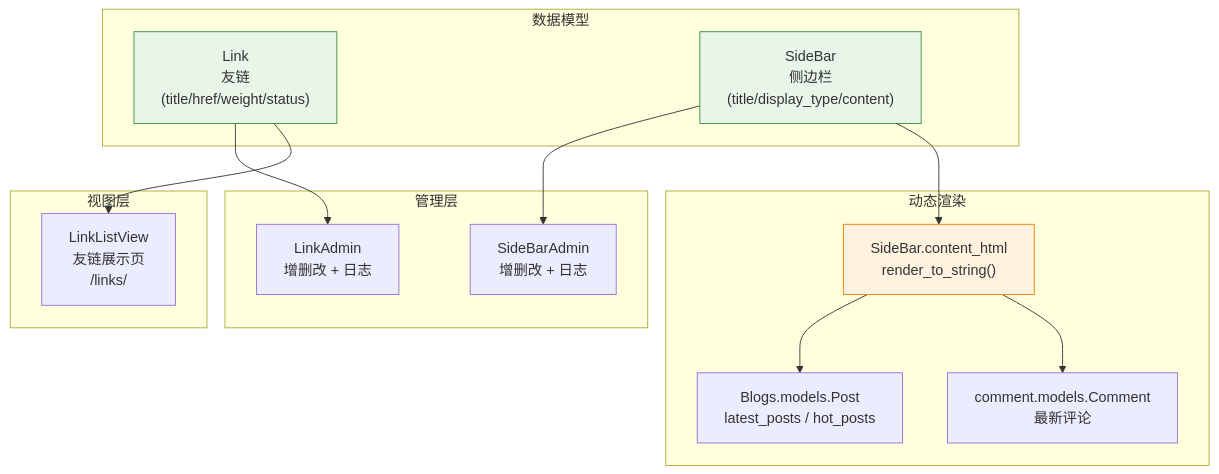
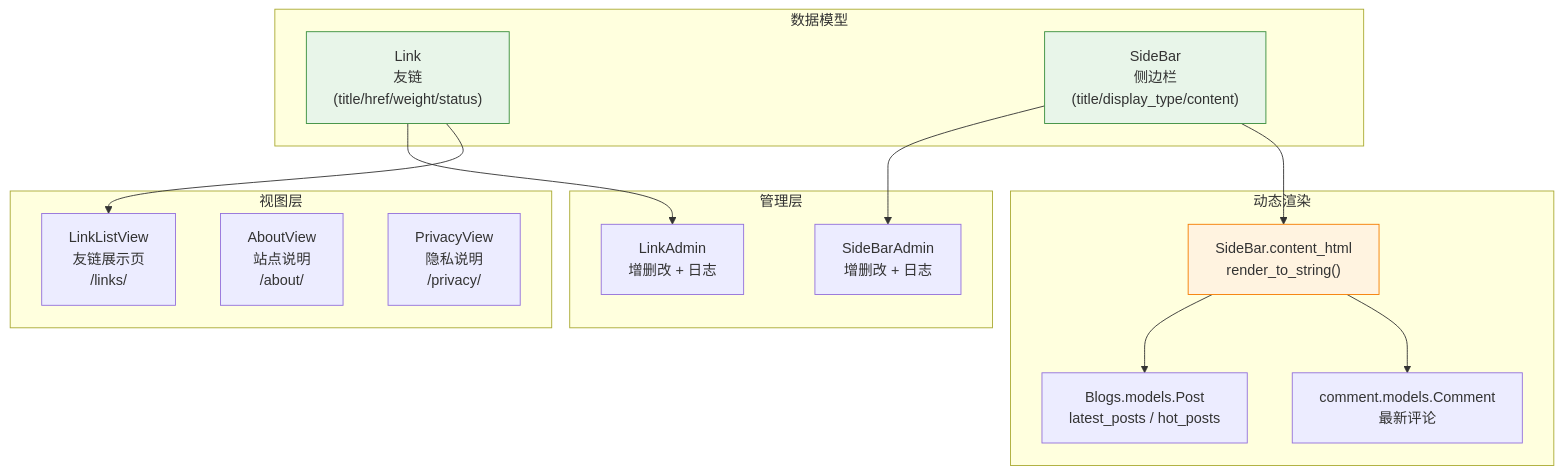
Before and after one commit to se-veN714/PowerAdapterBlogs: the first of 7 diagrams in config/DEVELOPMENT.md, drawn with Mermaid. The commit also changed other lines of this file and 52 other files, not shown here.

````diff
--- a/config/DEVELOPMENT.md
+++ b/config/DEVELOPMENT.md
@@ -22,33 +25,35 @@
 ```mermaid
 flowchart TD
     subgraph models["数据模型"]
         LINK["Link<br/>友链<br/>(title/href/weight/status)"]
         SB["SideBar<br/>侧边栏<br/>(title/display_type/content)"]
     end
 
     subgraph admin["管理层"]
         LA["LinkAdmin<br/>增删改 + 日志"]
         SBA["SideBarAdmin<br/>增删改 + 日志"]
     end
 
     subgraph views["视图层"]
         LLV["LinkListView<br/>友链展示页<br/>/links/"]
+        ABOUT["AboutView<br/>站点说明<br/>/about/"]
+        PRIVACY["PrivacyView<br/>隐私说明<br/>/privacy/"]
     end
 
     subgraph render["动态渲染"]
         SBP["SideBar.content_html<br/>render_to_string()"]
         BLOG["Blogs.models.Post<br/>latest_posts / hot_posts"]
         CM["comment.models.Comment<br/>最新评论"]
     end
 
     LINK --> LA
     SB --> SBA
     LINK --> LLV
     SB --> SBP
     SBP --> BLOG
     SBP --> CM
 
     style LINK fill:#e8f5e9,stroke:#388e3c
     style SB fill:#e8f5e9,stroke:#388e3c
     style SBP fill:#fff3e0,stroke:#f57c00
 ```
````
